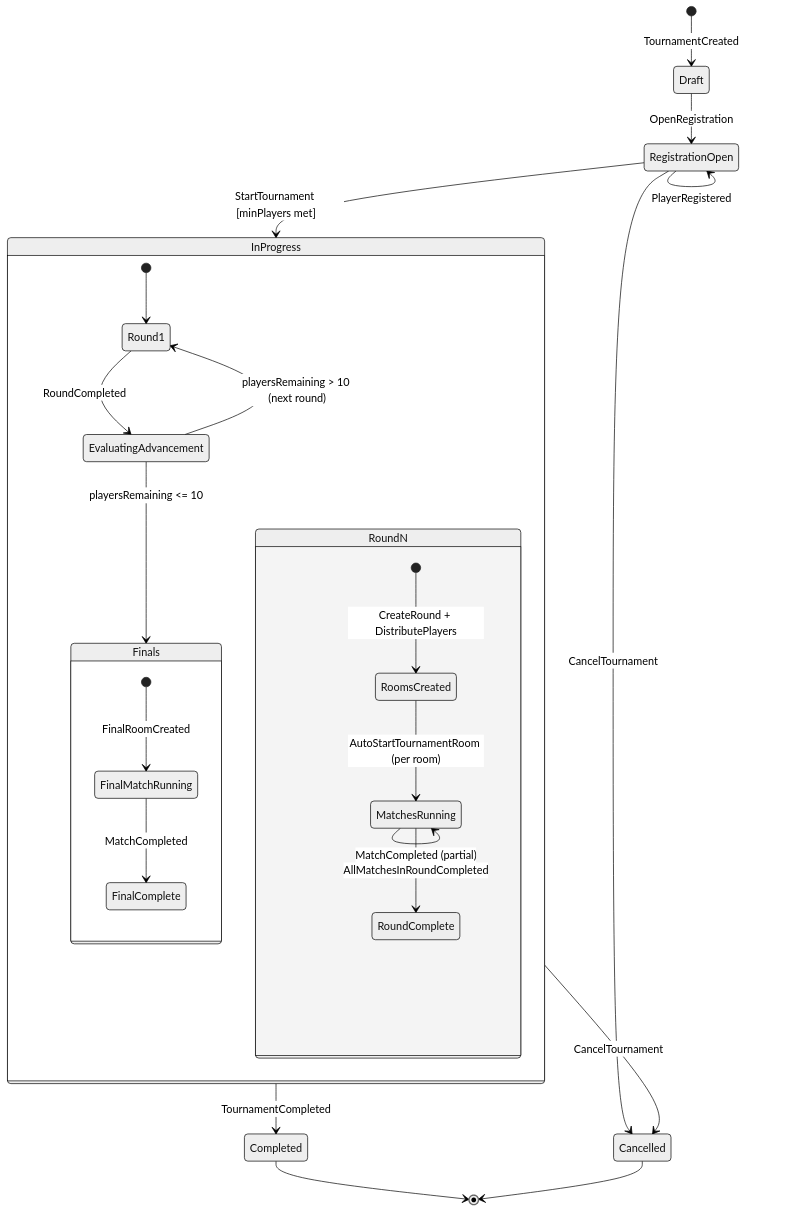
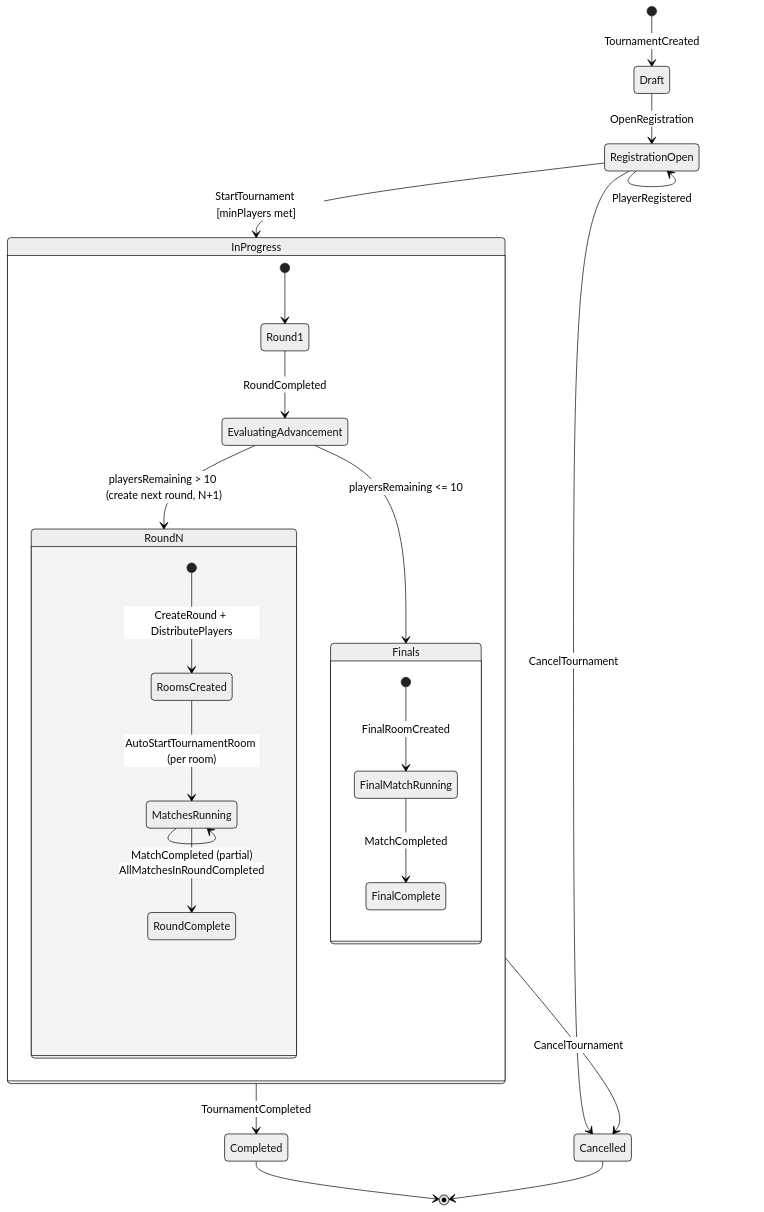
Before and after one commit to berni-245/UnoArena: the diagram in spec/diagrams/tournament-progression.md, drawn with Mermaid (neutral theme). The commit also changed 16 other files, not shown here.

Commit message:
fix: reviewed and implemented the docs and diagrams files

````diff
--- a/spec/diagrams/tournament-progression.md
+++ b/spec/diagrams/tournament-progression.md
@@ -3,36 +3,36 @@
 ```mermaid
 stateDiagram-v2
     [*] --> Draft : TournamentCreated
 
     Draft --> RegistrationOpen : OpenRegistration
 
     RegistrationOpen --> RegistrationOpen : PlayerRegistered
     RegistrationOpen --> InProgress : StartTournament [minPlayers met]
     RegistrationOpen --> Cancelled : CancelTournament
 
     state InProgress {
         [*] --> Round1
 
         state RoundN {
             [*] --> RoomsCreated : CreateRound + DistributePlayers
             RoomsCreated --> MatchesRunning : AutoStartTournamentRoom (per room)
             MatchesRunning --> MatchesRunning : MatchCompleted (partial)
             MatchesRunning --> RoundComplete : AllMatchesInRoundCompleted
         }
 
         Round1 --> EvaluatingAdvancement : RoundCompleted
-        EvaluatingAdvancement --> Round1 : playersRemaining > 10 (next round)
+        EvaluatingAdvancement --> RoundN : playersRemaining > 10 (create next round, N+1)
         EvaluatingAdvancement --> Finals : playersRemaining <= 10
     }
 
     state Finals {
         [*] --> FinalMatchRunning : FinalRoomCreated
         FinalMatchRunning --> FinalComplete : MatchCompleted
     }
 
     InProgress --> Completed : TournamentCompleted
     InProgress --> Cancelled : CancelTournament
 
     Completed --> [*]
     Cancelled --> [*]
 ```
````
